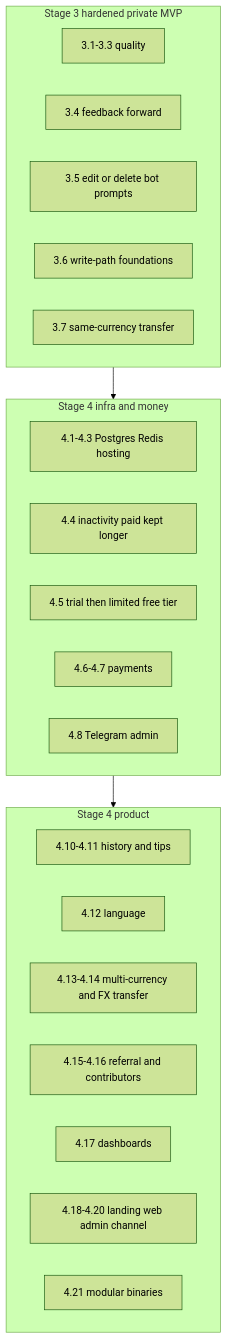
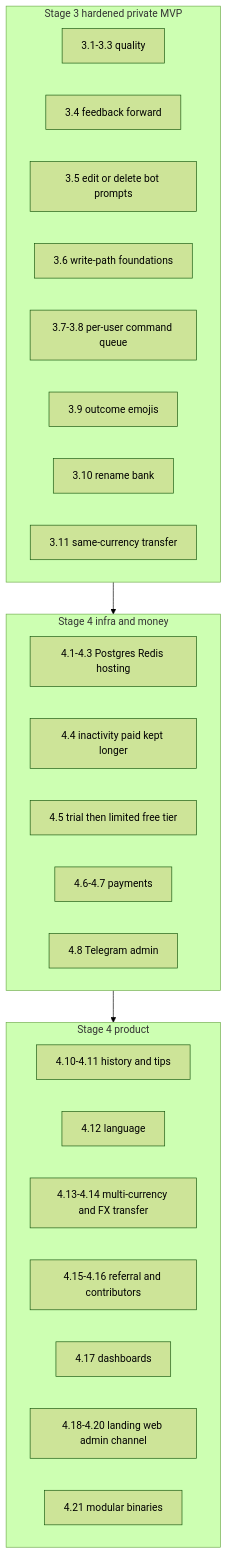
The first of 2 diagrams in plan.md (undochlorine/finbot), drawn with Mermaid (forest theme) before and after one commit. The commit also changed other lines of this file, not shown here.

First line of the commit message:
docs: extend Stage 3 before transfer

````diff
--- a/plan.md
+++ b/plan.md
@@ -54,27 +54,30 @@
 ```mermaid
 flowchart TB
   subgraph stage3 [Stage 3 hardened private MVP]
     lint[3.1-3.3 quality]
     fb[3.4 feedback forward]
     hygiene[3.5 edit or delete bot prompts]
     hooks[3.6 write-path foundations]
-    xfer[3.7 same-currency transfer]
+    queue[3.7-3.8 per-user command queue]
+    emoji[3.9 outcome emojis]
+    rename[3.10 rename bank]
+    xfer[3.11 same-currency transfer]
   end
   subgraph stage4infra [Stage 4 infra and money]
     pg[4.1-4.3 Postgres Redis hosting]
     retain[4.4 inactivity paid kept longer]
     free[4.5 trial then limited free tier]
     pay[4.6-4.7 payments]
     adm[4.8 Telegram admin]
   end
   subgraph stage4product [Stage 4 product]
     hist[4.10-4.11 history and tips]
     i18n[4.12 language]
     fx[4.13-4.14 multi-currency and FX transfer]
     growth[4.15-4.16 referral and contributors]
     ops[4.17 dashboards]
     web[4.18-4.20 landing web admin channel]
     split[4.21 modular binaries]
   end
   stage3 --> stage4infra --> stage4product
 ```
````
